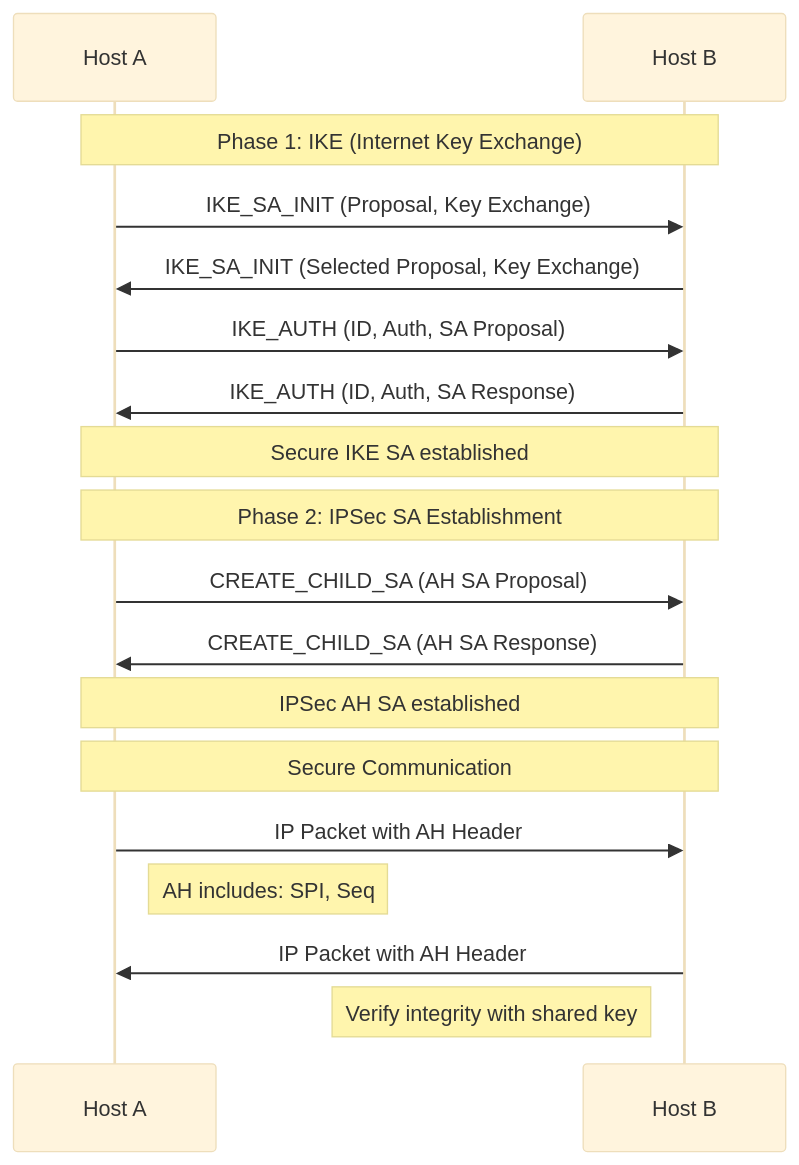
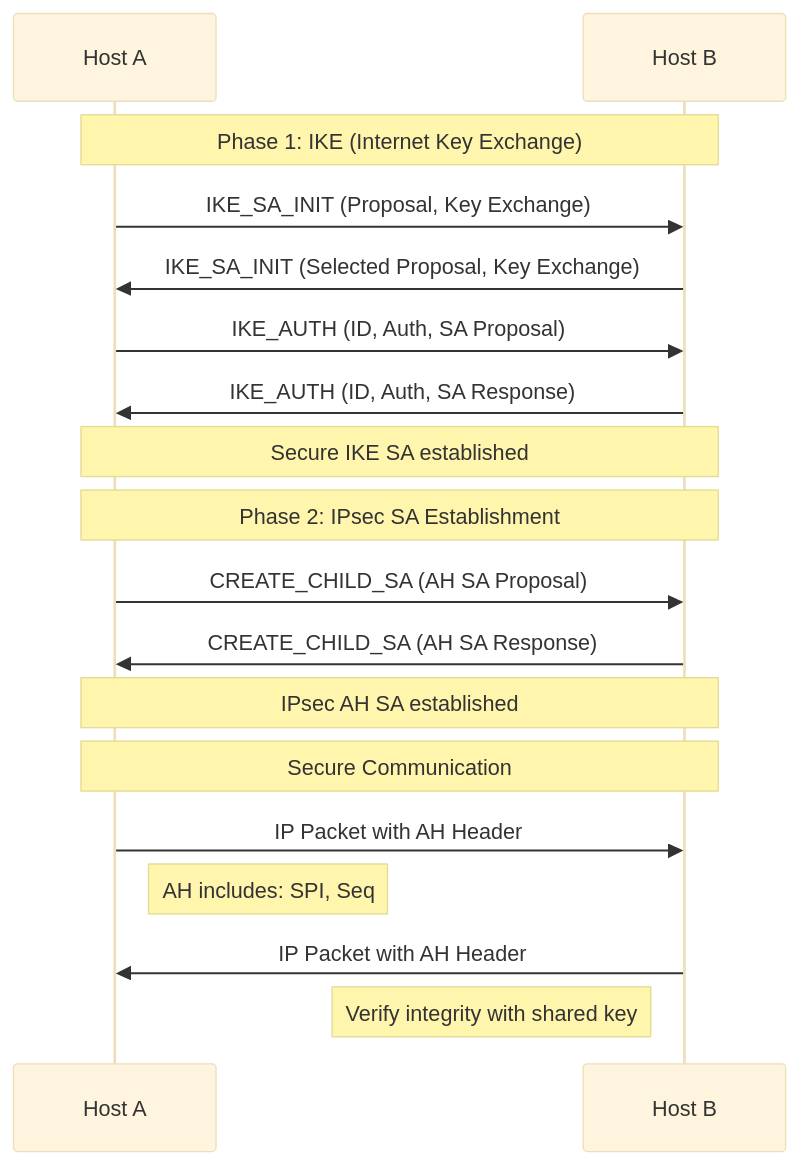
One commit to DAWN-Foundation/dawn changed the first of 3 diagrams in programs/dawn/src/app/amf/ipsecah.md. Above: the diagram before and after it, drawn with Mermaid (base theme). The commit also changed other lines of this file and 4 other files, not shown here.

````diff
--- a/programs/dawn/src/app/amf/ipsecah.md
+++ b/programs/dawn/src/app/amf/ipsecah.md
@@ -50,23 +50,23 @@
 ```mermaid
 sequenceDiagram
     participant A as Host A
     participant B as Host B
     
     Note over A,B: Phase 1: IKE (Internet Key Exchange)
     A->>B: IKE_SA_INIT (Proposal, Key Exchange)
     B->>A: IKE_SA_INIT (Selected Proposal, Key Exchange)
     A->>B: IKE_AUTH (ID, Auth, SA Proposal)
     B->>A: IKE_AUTH (ID, Auth, SA Response)
     Note over A,B: Secure IKE SA established
     
-    Note over A,B: Phase 2: IPSec SA Establishment
+    Note over A,B: Phase 2: IPsec SA Establishment
     A->>B: CREATE_CHILD_SA (AH SA Proposal)
     B->>A: CREATE_CHILD_SA (AH SA Response)
-    Note over A,B: IPSec AH SA established
+    Note over A,B: IPsec AH SA established
 
     Note over A,B: Secure Communication
     A->>B: IP Packet with AH Header
     Note right of A: AH includes: SPI, Seq#, Authentication Data
     B->>A: IP Packet with AH Header
     Note left of B: Verify integrity with shared key
 ```
````
